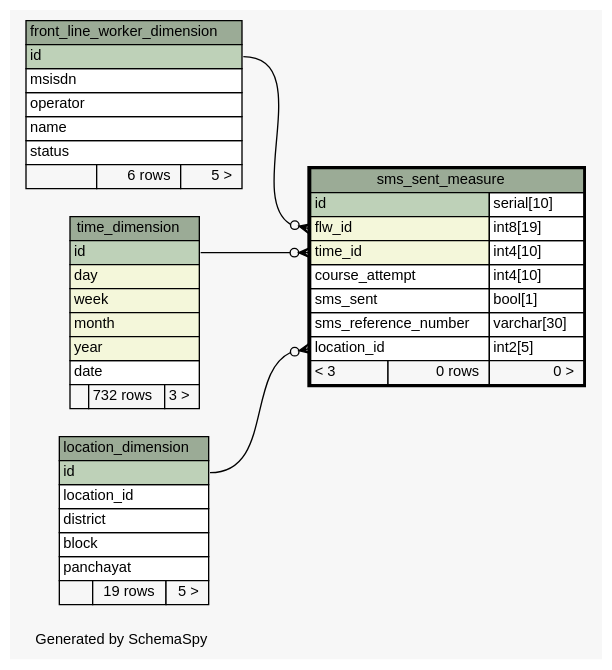
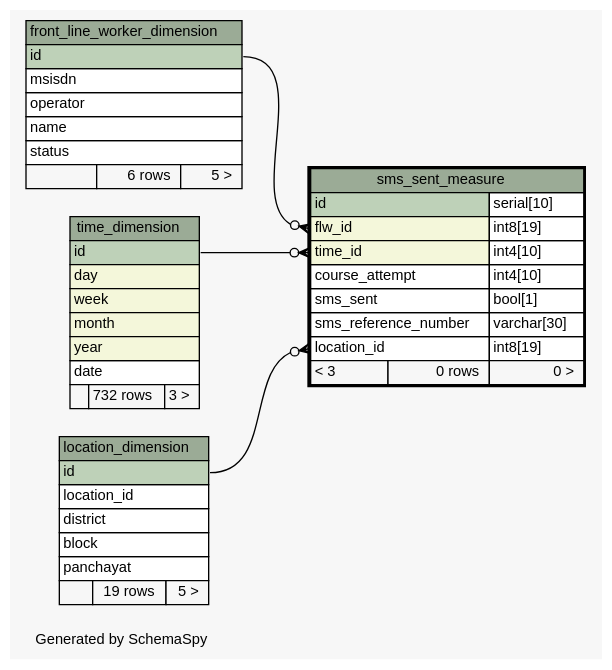
Before and after one commit to motech/ananya: the diagram in ananya-report/build/schemaspy-output/diagrams/sms_sent_measure.1degree.dot, drawn with Graphviz. The commit also changed 72 other files, not shown here.

Commit message:
Pulkit,Sush|#1620|schema changes to include job aid simension and measure tables and schema spy output for the same.

```diff
--- a/ananya-report/build/schemaspy-output/diagrams/sms_sent_measure.1degree.dot
+++ b/ananya-report/build/schemaspy-output/diagrams/sms_sent_measure.1degree.dot
@@ -1,84 +1,84 @@
-// dot 2.26.3 on Linux 2.6.38-11-generic-pae
+// dot 2.28.0 on Mac OS X 10.7.3
 // SchemaSpy rev 590
 digraph "oneDegreeRelationshipsDiagram" {
   graph [
     rankdir="RL"
     bgcolor="#f7f7f7"
     label="\nGenerated by SchemaSpy"
     labeljust="l"
     nodesep="0.18"
     ranksep="0.46"
     fontname="Helvetica"
     fontsize="11"
   ];
   node [
     fontname="Helvetica"
     fontsize="11"
     shape="plaintext"
   ];
   edge [
     arrowsize="0.8"
   ];
   "sms_sent_measure":"flw_id":w -> "front_line_worker_dimension":"id":e [arrowhead=none dir=back arrowtail=crowodot];
   "sms_sent_measure":"location_id":w -> "location_dimension":"id":e [arrowhead=none dir=back arrowtail=crowodot];
   "sms_sent_measure":"time_id":w -> "time_dimension":"id":e [arrowhead=none dir=back arrowtail=crowodot];
   "front_line_worker_dimension" [
     label=<
     <TABLE BORDER="0" CELLBORDER="1" CELLSPACING="0" BGCOLOR="#ffffff">
       <TR><TD COLSPAN="3" BGCOLOR="#9bab96" ALIGN="CENTER">front_line_worker_dimension</TD></TR>
       <TR><TD PORT="id" COLSPAN="3" BGCOLOR="#bed1b8" ALIGN="LEFT">id</TD></TR>
       <TR><TD PORT="msisdn" COLSPAN="3" ALIGN="LEFT">msisdn</TD></TR>
       <TR><TD PORT="operator" COLSPAN="3" ALIGN="LEFT">operator</TD></TR>
       <TR><TD PORT="name" COLSPAN="3" ALIGN="LEFT">name</TD></TR>
       <TR><TD PORT="status" COLSPAN="3" ALIGN="LEFT">status</TD></TR>
       <TR><TD ALIGN="LEFT" BGCOLOR="#f7f7f7">  </TD><TD ALIGN="RIGHT" BGCOLOR="#f7f7f7">6 rows</TD><TD ALIGN="RIGHT" BGCOLOR="#f7f7f7">5 &gt;</TD></TR>
     </TABLE>>
     URL="front_line_worker_dimension.html"
     tooltip="front_line_worker_dimension"
   ];
   "location_dimension" [
     label=<
     <TABLE BORDER="0" CELLBORDER="1" CELLSPACING="0" BGCOLOR="#ffffff">
       <TR><TD COLSPAN="3" BGCOLOR="#9bab96" ALIGN="CENTER">location_dimension</TD></TR>
       <TR><TD PORT="id" COLSPAN="3" BGCOLOR="#bed1b8" ALIGN="LEFT">id</TD></TR>
       <TR><TD PORT="location_id" COLSPAN="3" ALIGN="LEFT">location_id</TD></TR>
       <TR><TD PORT="district" COLSPAN="3" ALIGN="LEFT">district</TD></TR>
       <TR><TD PORT="block" COLSPAN="3" ALIGN="LEFT">block</TD></TR>
       <TR><TD PORT="panchayat" COLSPAN="3" ALIGN="LEFT">panchayat</TD></TR>
       <TR><TD ALIGN="LEFT" BGCOLOR="#f7f7f7">  </TD><TD ALIGN="RIGHT" BGCOLOR="#f7f7f7">19 rows</TD><TD ALIGN="RIGHT" BGCOLOR="#f7f7f7">5 &gt;</TD></TR>
     </TABLE>>
     URL="location_dimension.html"
     tooltip="location_dimension"
   ];
   "sms_sent_measure" [
     label=<
     <TABLE BORDER="2" CELLBORDER="1" CELLSPACING="0" BGCOLOR="#ffffff">
       <TR><TD COLSPAN="3" BGCOLOR="#9bab96" ALIGN="CENTER">sms_sent_measure</TD></TR>
       <TR><TD PORT="id" COLSPAN="2" BGCOLOR="#bed1b8" ALIGN="LEFT">id</TD><TD PORT="id.type" ALIGN="LEFT">serial[10]</TD></TR>
       <TR><TD PORT="flw_id" COLSPAN="2" BGCOLOR="#f4f7da" ALIGN="LEFT">flw_id</TD><TD PORT="flw_id.type" ALIGN="LEFT">int8[19]</TD></TR>
       <TR><TD PORT="time_id" COLSPAN="2" BGCOLOR="#f4f7da" ALIGN="LEFT">time_id</TD><TD PORT="time_id.type" ALIGN="LEFT">int4[10]</TD></TR>
       <TR><TD PORT="course_attempt" COLSPAN="2" ALIGN="LEFT">course_attempt</TD><TD PORT="course_attempt.type" ALIGN="LEFT">int4[10]</TD></TR>
       <TR><TD PORT="sms_sent" COLSPAN="2" ALIGN="LEFT">sms_sent</TD><TD PORT="sms_sent.type" ALIGN="LEFT">bool[1]</TD></TR>
       <TR><TD PORT="sms_reference_number" COLSPAN="2" ALIGN="LEFT">sms_reference_number</TD><TD PORT="sms_reference_number.type" ALIGN="LEFT">varchar[30]</TD></TR>
-      <TR><TD PORT="location_id" COLSPAN="2" ALIGN="LEFT">location_id</TD><TD PORT="location_id.type" ALIGN="LEFT">int2[5]</TD></TR>
+      <TR><TD PORT="location_id" COLSPAN="2" ALIGN="LEFT">location_id</TD><TD PORT="location_id.type" ALIGN="LEFT">int8[19]</TD></TR>
       <TR><TD ALIGN="LEFT" BGCOLOR="#f7f7f7">&lt; 3</TD><TD ALIGN="RIGHT" BGCOLOR="#f7f7f7">0 rows</TD><TD ALIGN="RIGHT" BGCOLOR="#f7f7f7">0 &gt;</TD></TR>
     </TABLE>>
     URL="sms_sent_measure.html"
     tooltip="sms_sent_measure"
   ];
   "time_dimension" [
     label=<
     <TABLE BORDER="0" CELLBORDER="1" CELLSPACING="0" BGCOLOR="#ffffff">
       <TR><TD COLSPAN="3" BGCOLOR="#9bab96" ALIGN="CENTER">time_dimension</TD></TR>
       <TR><TD PORT="id" COLSPAN="3" BGCOLOR="#bed1b8" ALIGN="LEFT">id</TD></TR>
       <TR><TD PORT="day" COLSPAN="3" BGCOLOR="#f4f7da" ALIGN="LEFT">day</TD></TR>
       <TR><TD PORT="week" COLSPAN="3" BGCOLOR="#f4f7da" ALIGN="LEFT">week</TD></TR>
       <TR><TD PORT="month" COLSPAN="3" BGCOLOR="#f4f7da" ALIGN="LEFT">month</TD></TR>
       <TR><TD PORT="year" COLSPAN="3" BGCOLOR="#f4f7da" ALIGN="LEFT">year</TD></TR>
       <TR><TD PORT="date" COLSPAN="3" ALIGN="LEFT">date</TD></TR>
       <TR><TD ALIGN="LEFT" BGCOLOR="#f7f7f7">  </TD><TD ALIGN="RIGHT" BGCOLOR="#f7f7f7">732 rows</TD><TD ALIGN="RIGHT" BGCOLOR="#f7f7f7">3 &gt;</TD></TR>
     </TABLE>>
     URL="time_dimension.html"
     tooltip="time_dimension"
   ];
 }
```
